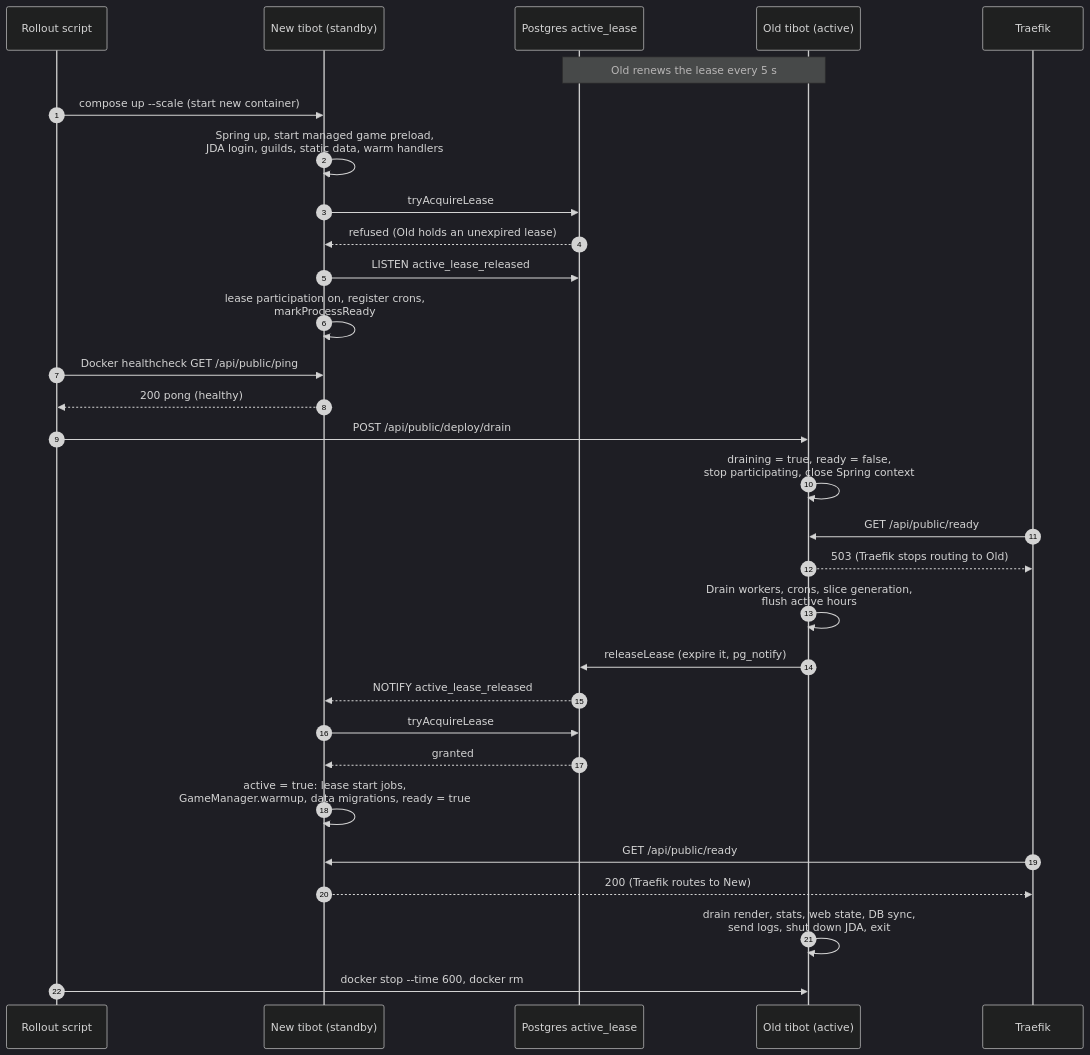
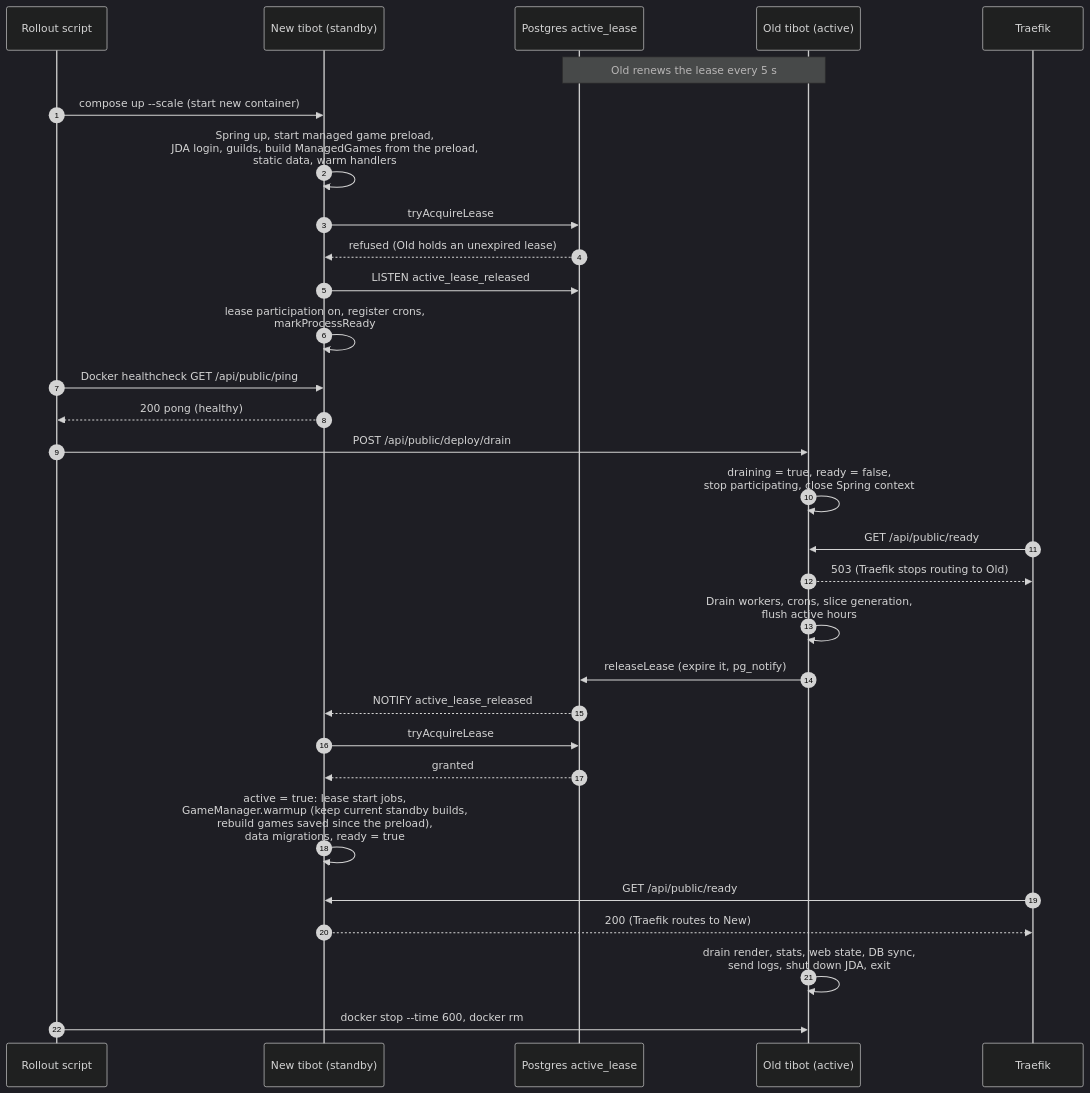
Before and after one commit to AsyncTI4/TI4_map_generator_bot: the third of 5 diagrams in DEPLOYMENT.md, drawn with Mermaid (dark theme). The commit also changed other lines of this file and 20 other files, not shown here.

Commit message:
Build managed games on the standby and reconcile them at takeover (#6127)

````diff
--- a/DEPLOYMENT.md
+++ b/DEPLOYMENT.md
@@ -106,33 +106,33 @@
 ```mermaid
 sequenceDiagram
     autonumber
     participant Script as Rollout script
     participant New as New tibot (standby)
     participant DB as Postgres active_lease
     participant Old as Old tibot (active)
     participant Traefik
 
     Note over Old,DB: Old renews the lease every 5 s
     Script->>New: compose up --scale (start new container)
-    New->>New: Spring up, start managed game preload,<br/>JDA login, guilds, static data, warm handlers
+    New->>New: Spring up, start managed game preload,<br/>JDA login, guilds, build ManagedGames from the preload,<br/>static data, warm handlers
     New->>DB: tryAcquireLease
     DB-->>New: refused (Old holds an unexpired lease)
     New->>DB: LISTEN active_lease_released
     New->>New: lease participation on, register crons,<br/>markProcessReady
     Script->>New: Docker healthcheck GET /api/public/ping
     New-->>Script: 200 pong (healthy)
     Script->>Old: POST /api/public/deploy/drain
     Old->>Old: draining = true, ready = false,<br/>stop participating, close Spring context
     Traefik->>Old: GET /api/public/ready
     Old-->>Traefik: 503 (Traefik stops routing to Old)
     Old->>Old: Drain workers, crons, slice generation,<br/>flush active hours
     Old->>DB: releaseLease (expire it, pg_notify)
     DB-->>New: NOTIFY active_lease_released
     New->>DB: tryAcquireLease
     DB-->>New: granted
-    New->>New: active = true: lease start jobs,<br/>GameManager.warmup, data migrations, ready = true
+    New->>New: active = true: lease start jobs,<br/>GameManager.warmup (keep current standby builds,<br/>rebuild games saved since the preload),<br/>data migrations, ready = true
     Traefik->>New: GET /api/public/ready
     New-->>Traefik: 200 (Traefik routes to New)
     Old->>Old: drain render, stats, web state, DB sync,<br/>send logs, shut down JDA, exit
     Script->>Old: docker stop --time 600, docker rm
 ```
````
